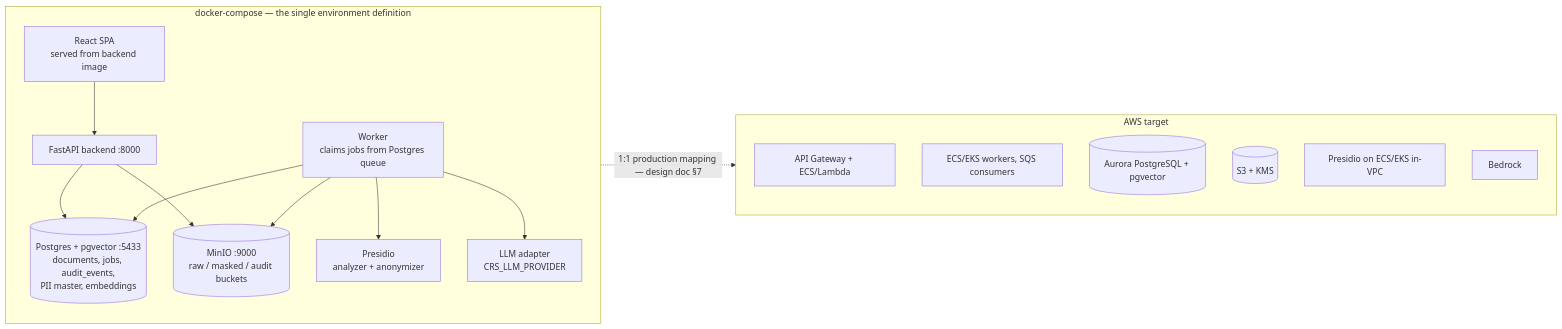
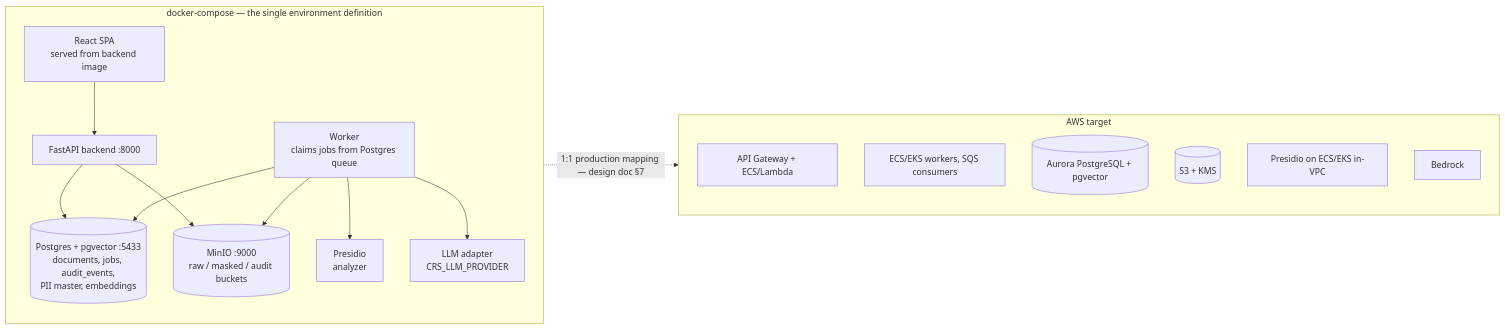
Before and after one commit to sahupra1357/ContractReviewSystem: the fourth of 4 diagrams in docs/pipeline_flow.md, drawn with Mermaid. The commit also changed 14 other files, not shown here.

````diff
--- a/docs/pipeline_flow.md
+++ b/docs/pipeline_flow.md
@@ -196,31 +196,31 @@
 ```mermaid
 flowchart LR
     subgraph local["docker-compose — the single environment definition"]
         FE["React SPA<br/>served from backend image"]
         API["FastAPI backend :8000"]
         WK["Worker<br/>claims jobs from Postgres queue"]
         PG[("Postgres + pgvector :5433<br/>documents, jobs, audit_events,<br/>PII master, embeddings")]
         S3[("MinIO :9000<br/>raw / masked / audit buckets")]
-        PRES["Presidio<br/>analyzer + anonymizer"]
+        PRES["Presidio<br/>analyzer"]
         LLM["LLM adapter<br/>CRS_LLM_PROVIDER"]
     end
 
     FE --> API
     API --> PG
     API --> S3
     WK --> PG
     WK --> S3
     WK --> PRES
     WK --> LLM
 
     local -.->|"1:1 production mapping — design doc §7"| aws
 
     subgraph aws["AWS target"]
         A1["API Gateway + ECS/Lambda"]
         A2["ECS/EKS workers, SQS consumers"]
         A3[("Aurora PostgreSQL + pgvector")]
         A4[("S3 + KMS")]
         A5["Presidio on ECS/EKS in-VPC"]
         A6["Bedrock"]
     end
 ```
````
